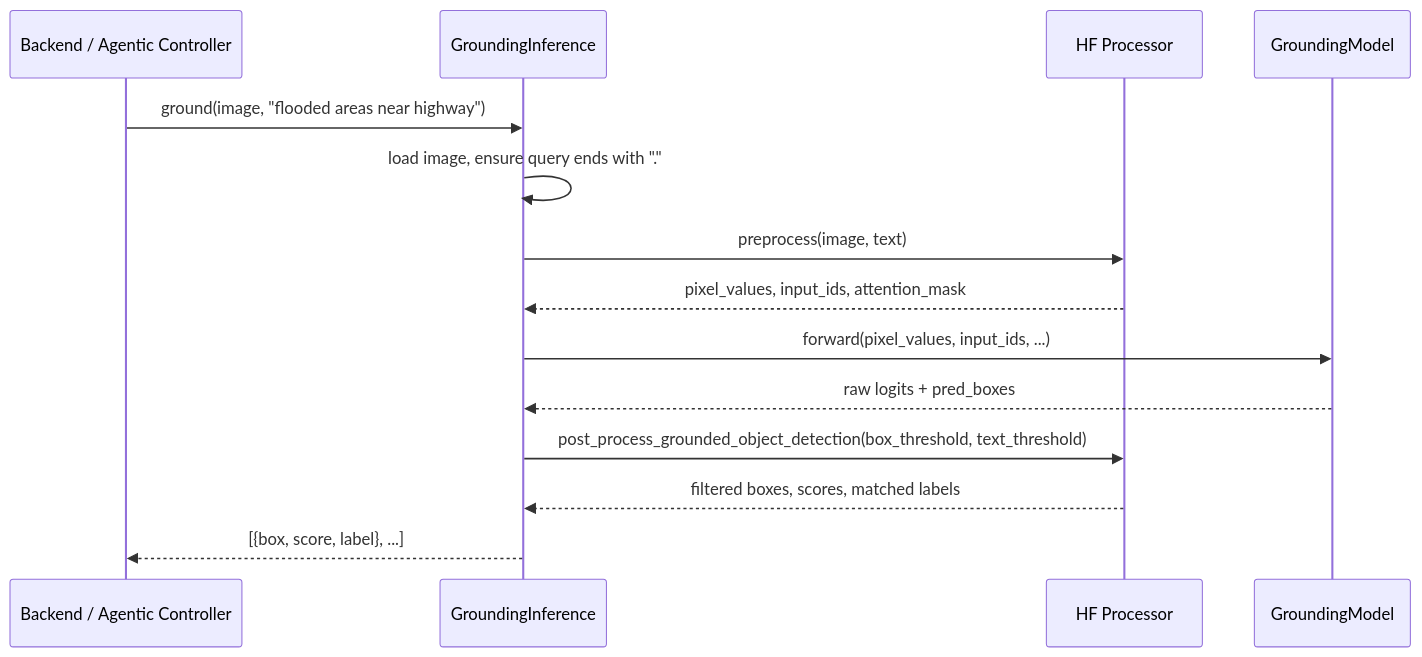
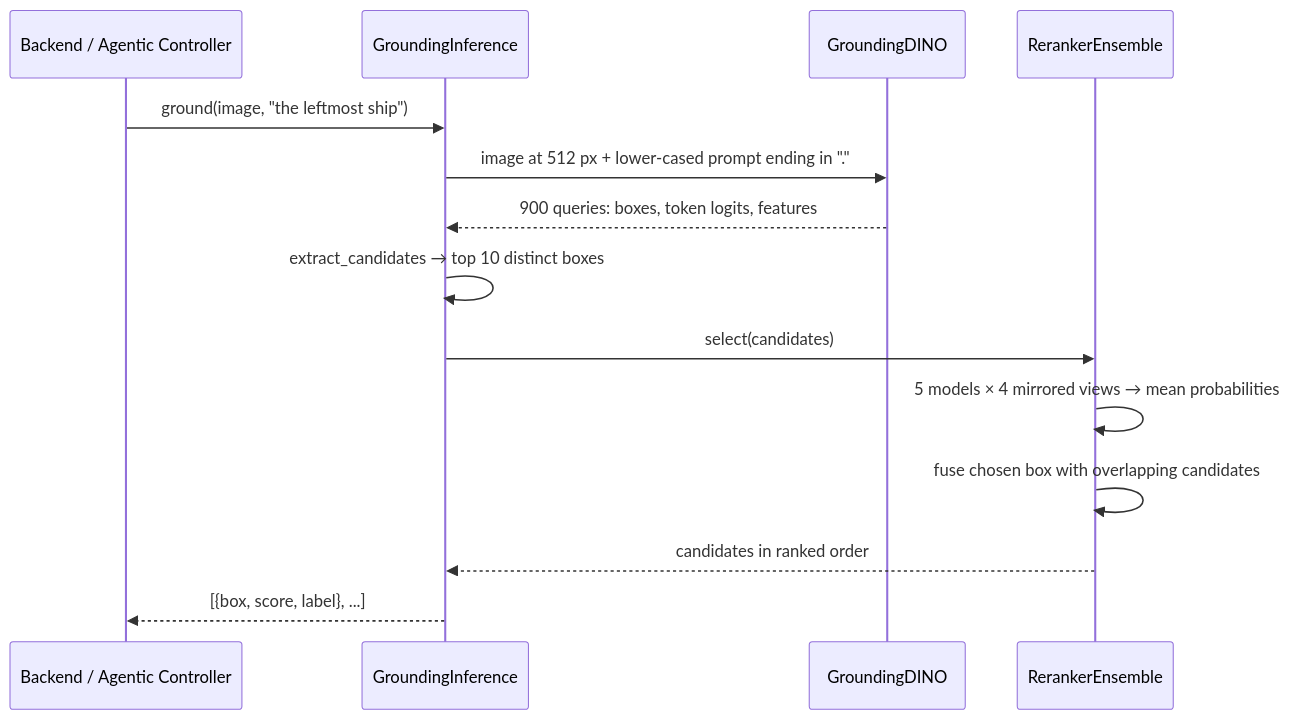
One commit to divyptl/SIH-2026 changed the fourth of 4 diagrams in docs/grounding-module-explained.md. Above: the diagram before and after it, drawn with Mermaid. The commit also changed other lines of this file and 8 other files, not shown here.

Commit message:
feat: improve grounding model pipeline

````diff
--- a/docs/grounding-module-explained.md
+++ b/docs/grounding-module-explained.md
@@ -80,17 +197,17 @@
 ```mermaid
 sequenceDiagram
     participant App as Backend / Agentic Controller
     participant Inf as GroundingInference
-    participant Proc as HF Processor
-    participant Model as GroundingModel
+    participant GD as GroundingDINO
+    participant RR as RerankerEnsemble
 
-    App->>Inf: ground(image, "flooded areas near highway")
-    Inf->>Inf: load image, ensure query ends with "."
-    Inf->>Proc: preprocess(image, text)
-    Proc-->>Inf: pixel_values, input_ids, attention_mask
-    Inf->>Model: forward(pixel_values, input_ids, ...)
-    Model-->>Inf: raw logits + pred_boxes
-    Inf->>Proc: post_process_grounded_object_detection(box_threshold, text_threshold)
-    Proc-->>Inf: filtered boxes, scores, matched labels
+    App->>Inf: ground(image, "the leftmost ship")
+    Inf->>GD: image at 512 px + lower-cased prompt ending in "."
+    GD-->>Inf: 900 queries: boxes, token logits, features
+    Inf->>Inf: extract_candidates → top 10 distinct boxes
+    Inf->>RR: select(candidates)
+    RR->>RR: 5 models × 4 mirrored views → mean probabilities
+    RR->>RR: fuse chosen box with overlapping candidates
+    RR-->>Inf: candidates in ranked order
     Inf-->>App: [{box, score, label}, ...]
 ```
````
